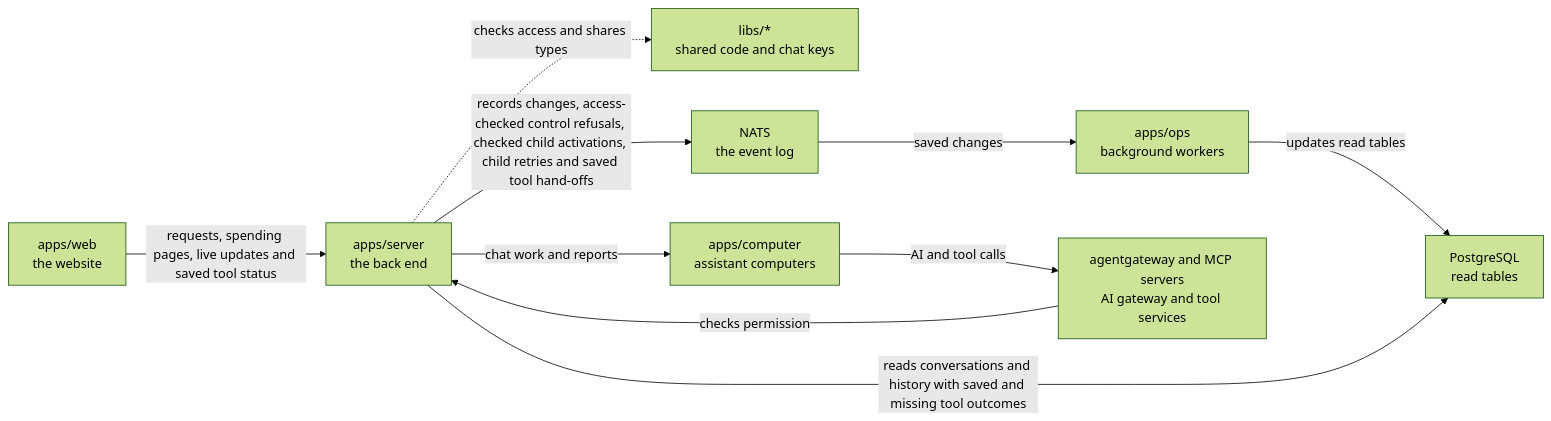
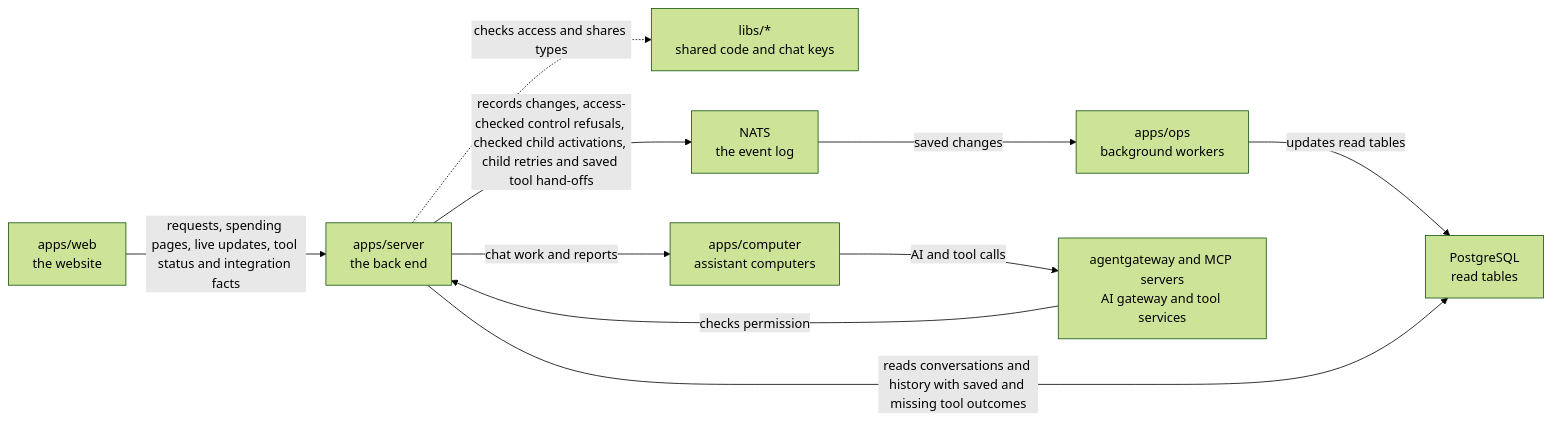
One commit to elewa-git/opencrane-new changed the diagram in apps/server/README.md. Above: the diagram before and after it, drawn with Mermaid (forest theme). The commit also changed other lines of this file and 11 other files, not shown here.

Commit message:
🔎 Serve bounded saved integration facts after current admin checks

````diff
--- a/apps/server/README.md
+++ b/apps/server/README.md
@@ -31,12 +31,12 @@
 ```mermaid
 flowchart LR
-  web["apps/web<br/>the website"] -->|requests, spending pages, live updates and saved tool status| server["apps/server<br/>the back end"]
+  web["apps/web<br/>the website"] -->|requests, spending pages, live updates, tool status and integration facts| server["apps/server<br/>the back end"]
   server -.->|checks access and shares types| libs["libs/*<br/>shared code and chat keys"]
   server -->|records changes, access-checked control refusals, checked child activations, child retries and saved tool hand-offs| nats["NATS<br/>the event log"]
   nats -->|saved changes| ops["apps/ops<br/>background workers"]
   ops -->|updates read tables| postgres["PostgreSQL<br/>read tables"]
   server -->|reads conversations and history with saved and missing tool outcomes| postgres
   server -->|chat work and reports| computer["apps/computer<br/>assistant computers"]
   computer -->|AI and tool calls| runtime["agentgateway and MCP servers<br/>AI gateway and tool services"]
   runtime -->|checks permission| server
 ```
````
